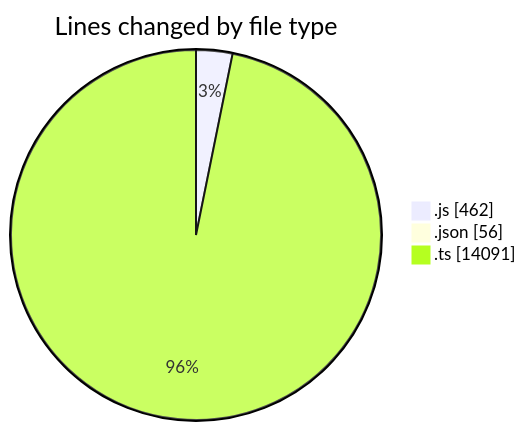
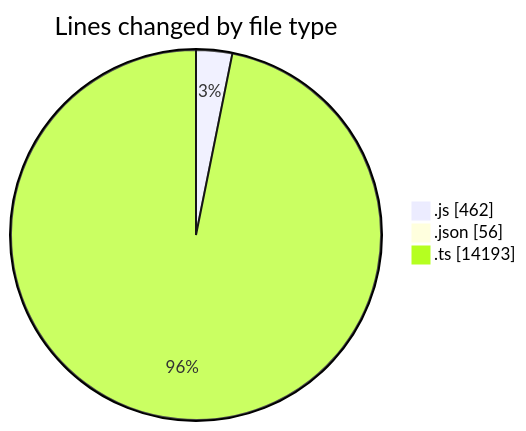
The first of 2 diagrams in 2025-09-04/cda/README.md (momahboobian/code-tracking), drawn with Mermaid before and after one commit. The commit also changed other lines of this file and 1 other file, not shown here.

````diff
--- a/2025-09-04/cda/README.md
+++ b/2025-09-04/cda/README.md
@@ -34,7 +34,7 @@
 ```mermaid
 pie showData
 title Lines changed by file type
 ".js" : 462
 ".json" : 56
-".ts" : 14091
+".ts" : 14193
 ```
````
